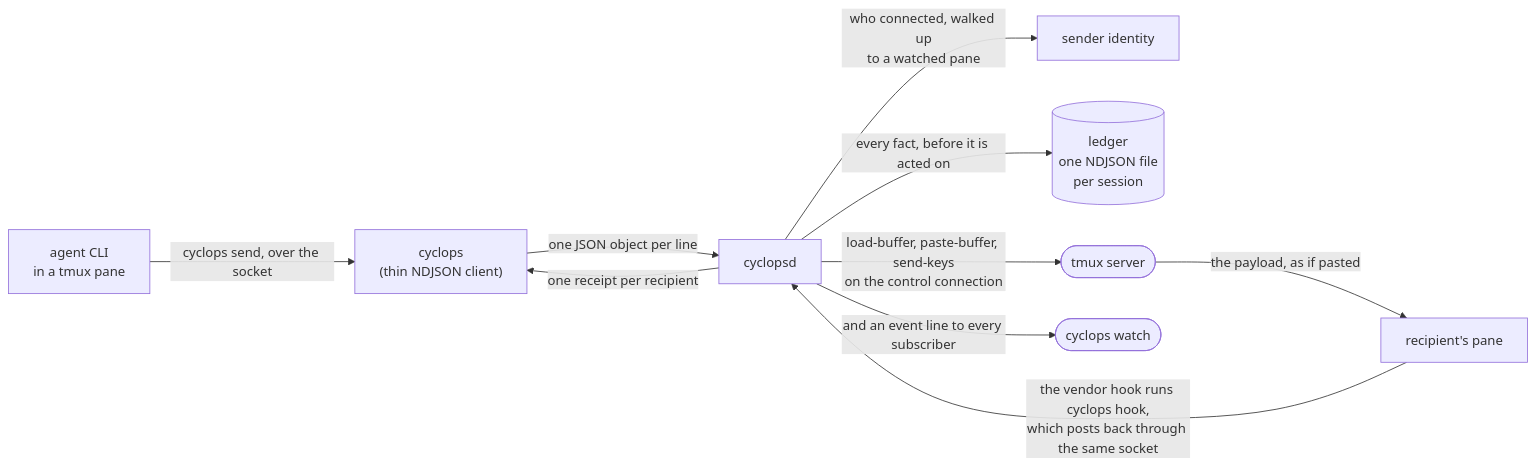
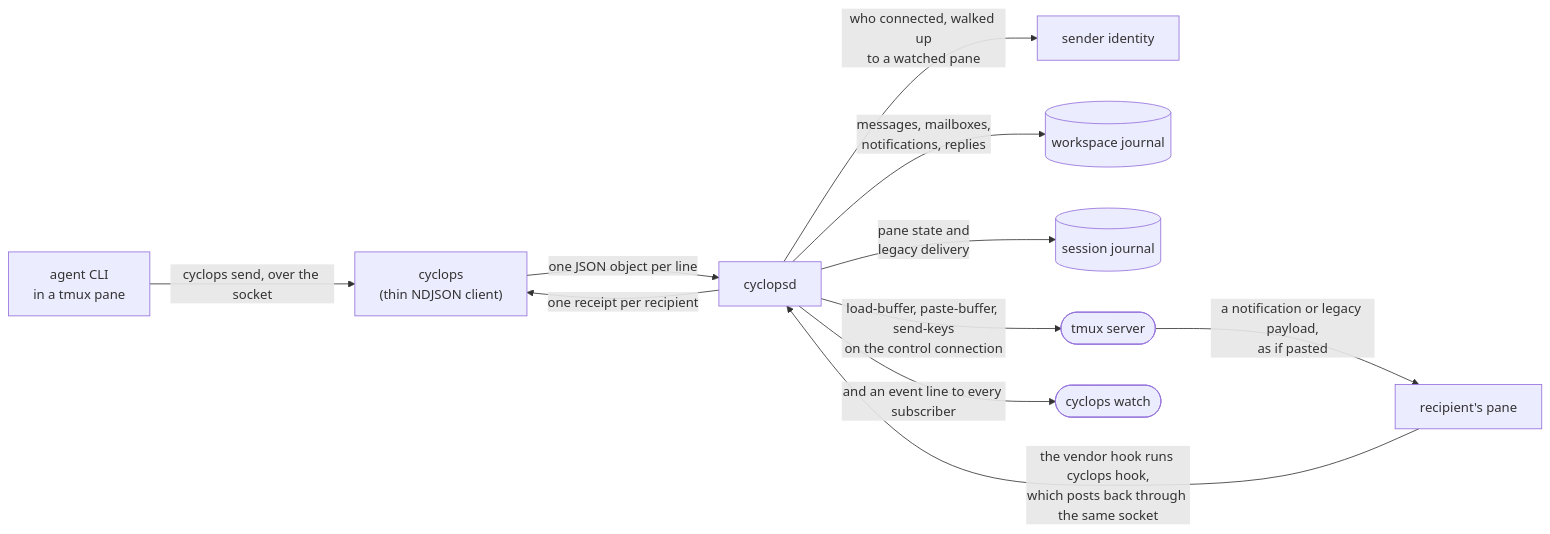
One commit to cyclops-team/cyclops changed the first of 10 diagrams in docs/development/ARCHITECTURE.md. Above: the diagram before and after it, drawn with Mermaid. The commit also changed other lines of this file and 4 other files, not shown here.

````diff
--- a/docs/development/ARCHITECTURE.md
+++ b/docs/development/ARCHITECTURE.md
@@ -18,12 +22,13 @@
 ```mermaid
 flowchart LR
     A["agent CLI<br/>in a tmux pane"] -->|"cyclops send, over the socket"| C["cyclops<br/>(thin NDJSON client)"]
     C -->|"one JSON object per line"| D["cyclopsd"]
     D -->|"who connected, walked up<br/>to a watched pane"| I["sender identity"]
-    D -->|"every fact, before it is acted on"| L[("ledger<br/>one NDJSON file<br/>per session")]
+    D -->|"messages, mailboxes,<br/>notifications, replies"| W[("workspace journal")]
+    D -->|"pane state and<br/>legacy delivery"| L[("session journal")]
     D -->|"load-buffer, paste-buffer, send-keys<br/>on the control connection"| T(["tmux server"])
-    T -->|"the payload, as if pasted"| B["recipient's pane"]
+    T -->|"a notification or legacy payload,<br/>as if pasted"| B["recipient's pane"]
     B -->|"the vendor hook runs cyclops hook,<br/>which posts back through the same socket"| D
     D -->|"one receipt per recipient"| C
     D -->|"and an event line to every subscriber"| S(["cyclops watch"])
 ```
````
